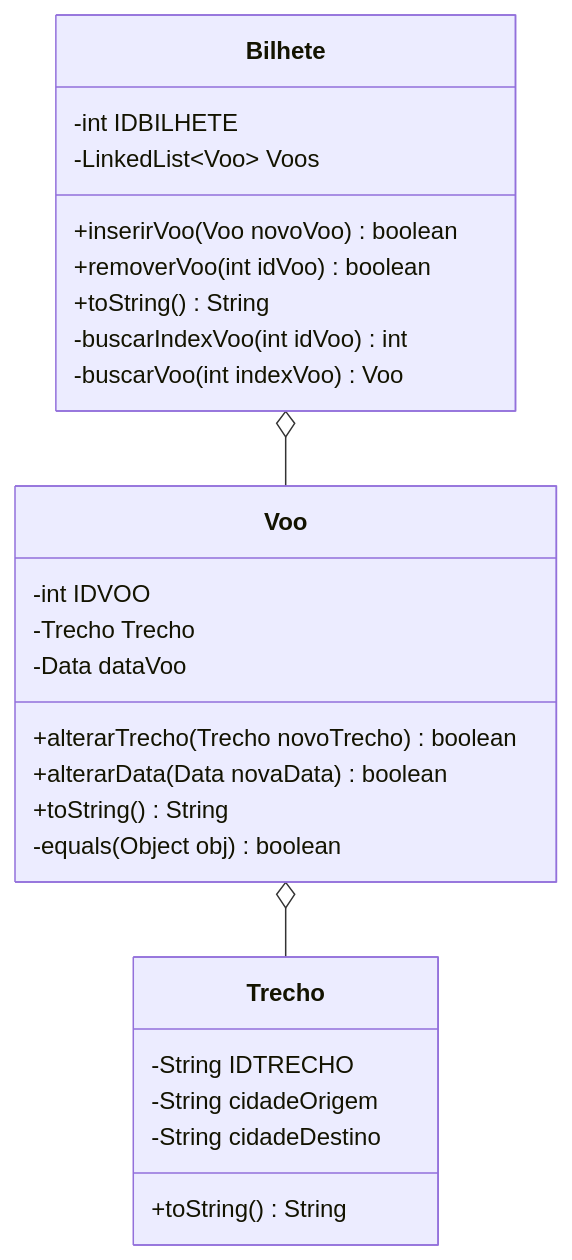
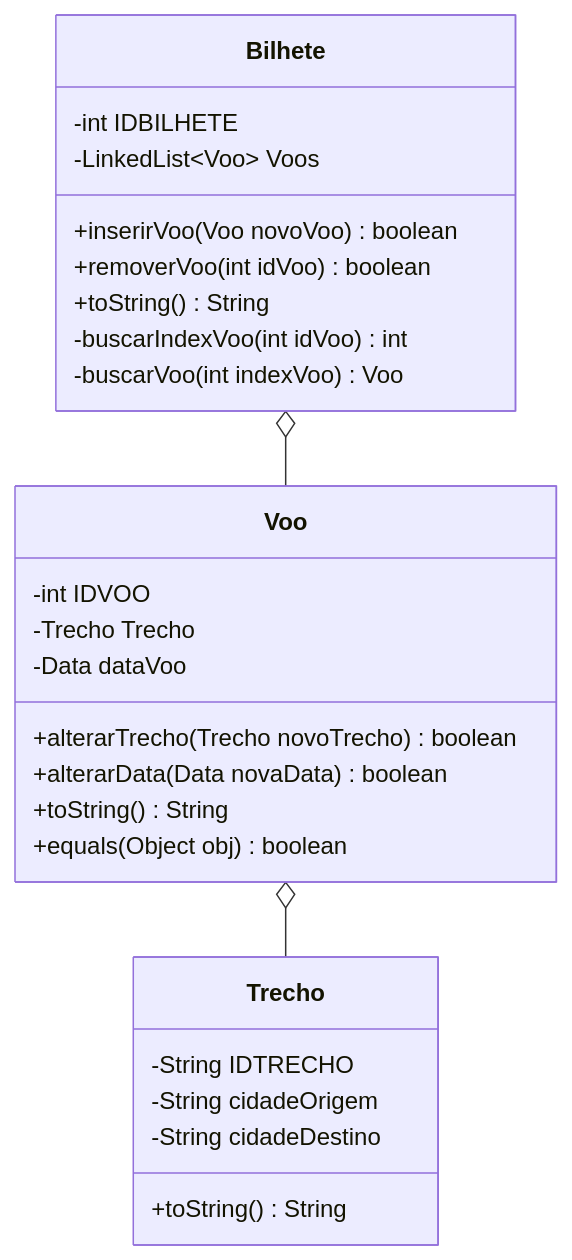
One commit to DisciplinasProgramacao/tp_em_grupo-grupododiogo changed the diagram in README.md. Above: the diagram before and after it, drawn with Mermaid.

Commit message:
Update README.MD
alteração de privado para publico o metodo equals do diagrama

````diff
--- a/README.md
+++ b/README.md
@@ -78,33 +78,33 @@
 ```mermaid
 classDiagram
 class Bilhete {
  -int IDBILHETE
  -LinkedList~Voo~ Voos
  +inserirVoo(Voo novoVoo) boolean
  +removerVoo(int idVoo) boolean
  +toString() String
  -buscarIndexVoo(int idVoo) int
  -buscarVoo(int indexVoo) Voo
 }
 
 class Voo {
  -int IDVOO
  -Trecho Trecho
  -Data dataVoo
  +alterarTrecho(Trecho novoTrecho) boolean
  +alterarData(Data novaData) boolean
  +toString() String
- -equals(Object obj) boolean
+ +equals(Object obj) boolean
 }
 
 class Trecho {
  -String IDTRECHO
  -String cidadeOrigem
  -String cidadeDestino
  +toString() String
 }
 
 Bilhete o-- Voo
 Voo o-- Trecho
 end
 ```
````
